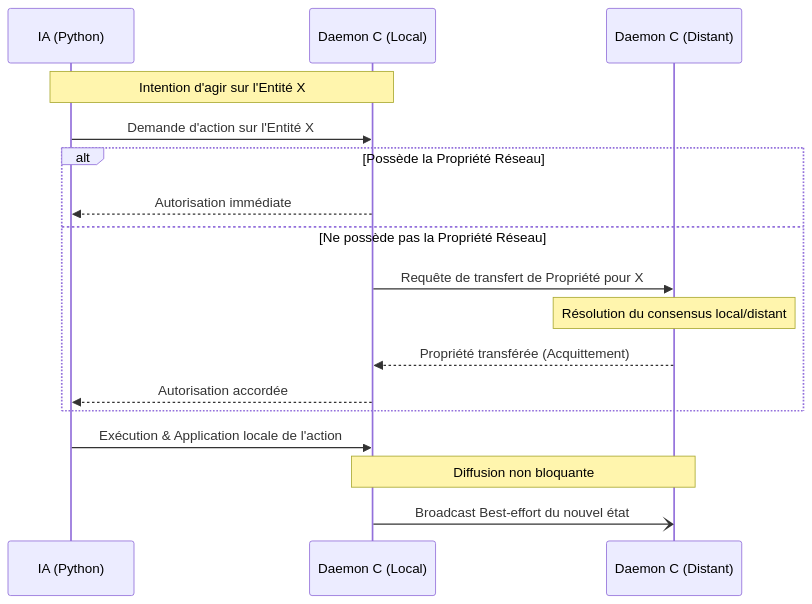
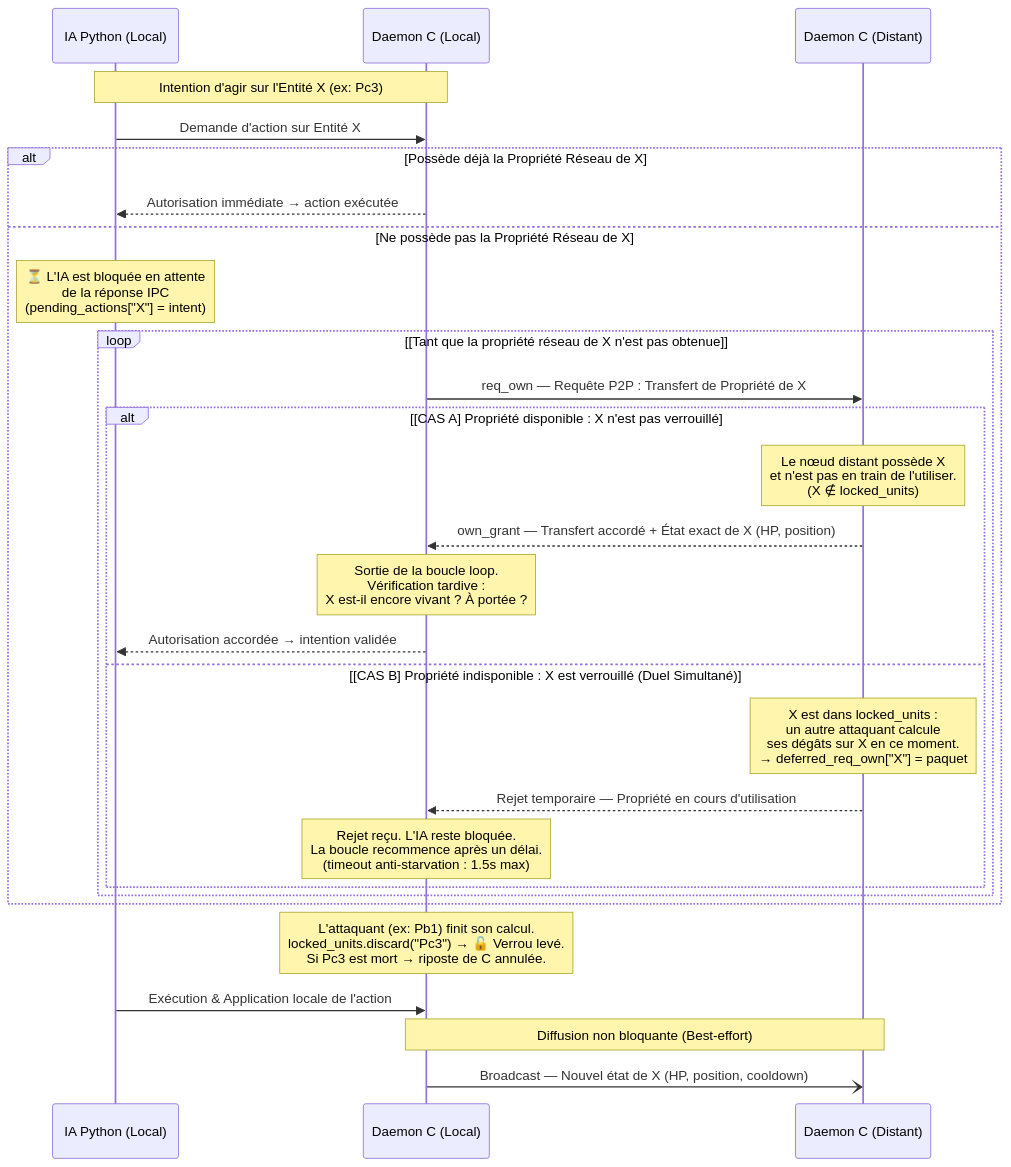
Before and after one commit to YOUSSEF4315/STI3A-Projet_reseaux_1: the second of 2 diagrams in README.md, drawn with Mermaid.

Commit message:
docs(README): enrich sequence diagram with loop, alt (lock/available), Simultaneous Duel scenario and IA blocking note

````diff
--- a/README.md
+++ b/README.md
@@ -52,22 +52,38 @@
 ```mermaid
 sequenceDiagram
-    participant IA as IA (Python)
+    participant IA as IA Python (Local)
     participant CL as Daemon C (Local)
     participant CD as Daemon C (Distant)
 
-    Note over IA, CL: Intention d'agir sur l'Entité X
-    IA->>CL: Demande d'action sur l'Entité X
-    
-    alt Possède la Propriété Réseau
-        CL-->>IA: Autorisation immédiate
-    else Ne possède pas la Propriété Réseau
-        CL->>CD: Requête de transfert de Propriété pour X
-        Note over CD: Résolution du consensus local/distant
-        CD-->>CL: Propriété transférée (Acquittement)
-        CL-->>IA: Autorisation accordée
+    Note over IA, CL: Intention d'agir sur l'Entité X (ex: Pc3)
+
+    IA->>CL: Demande d'action sur Entité X
+
+    alt Possède déjà la Propriété Réseau de X
+        CL-->>IA: Autorisation immédiate → action exécutée
+    else Ne possède pas la Propriété Réseau de X
+        Note over IA: ⏳ L'IA est bloquée en attente<br/>de la réponse IPC<br/>(pending_actions["X"] = intent)
+
+        loop [Tant que la propriété réseau de X n'est pas obtenue]
+            CL->>CD: req_own — Requête P2P : Transfert de Propriété de X
+
+            alt [CAS A] Propriété disponible : X n'est pas verrouillé
+                Note over CD: Le nœud distant possède X<br/>et n'est pas en train de l'utiliser.<br/>(X ∉ locked_units)
+                CD-->>CL: own_grant — Transfert accordé + État exact de X (HP, position)
+                Note over CL: Sortie de la boucle loop.<br/>Vérification tardive :<br/>X est-il encore vivant ? À portée ?
+                CL-->>IA: Autorisation accordée → intention validée
+
+            else [CAS B] Propriété indisponible : X est verrouillé (Duel Simultané)
+                Note over CD: X est dans locked_units :<br/>un autre attaquant calcule<br/>ses dégâts sur X en ce moment.<br/>→ deferred_req_own["X"] = paquet
+                CD-->>CL: Rejet temporaire — Propriété en cours d'utilisation
+                Note over CL: Rejet reçu. L'IA reste bloquée.<br/>La boucle recommence après un délai.<br/>(timeout anti-starvation : 1.5s max)
+            end
+        end
     end
-    
+
+    Note over CL: L'attaquant (ex: Pb1) finit son calcul.<br/>locked_units.discard("Pc3") → 🔓 Verrou levé.<br/>Si Pc3 est mort → riposte de C annulée.
+
     IA->>CL: Exécution & Application locale de l'action
-    Note over CL, CD: Diffusion non bloquante
-    CL-)CD: Broadcast Best-effort du nouvel état
+    Note over CL, CD: Diffusion non bloquante (Best-effort)
+    CL-)CD: Broadcast — Nouvel état de X (HP, position, cooldown)
 ```
````
